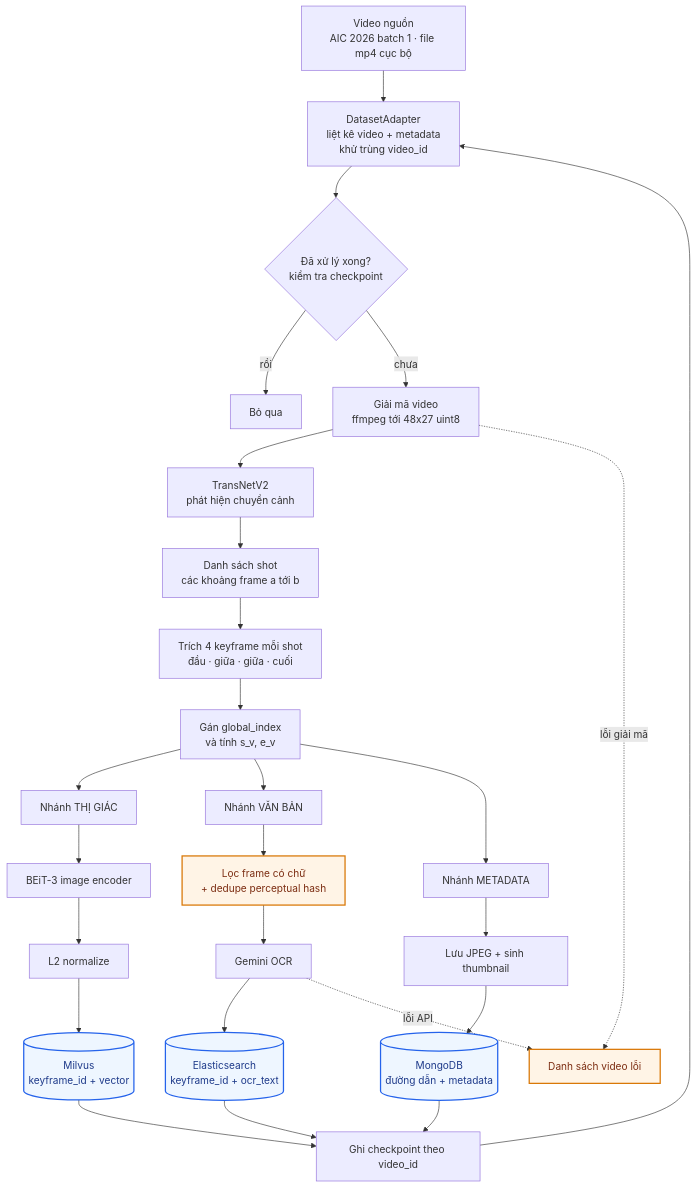
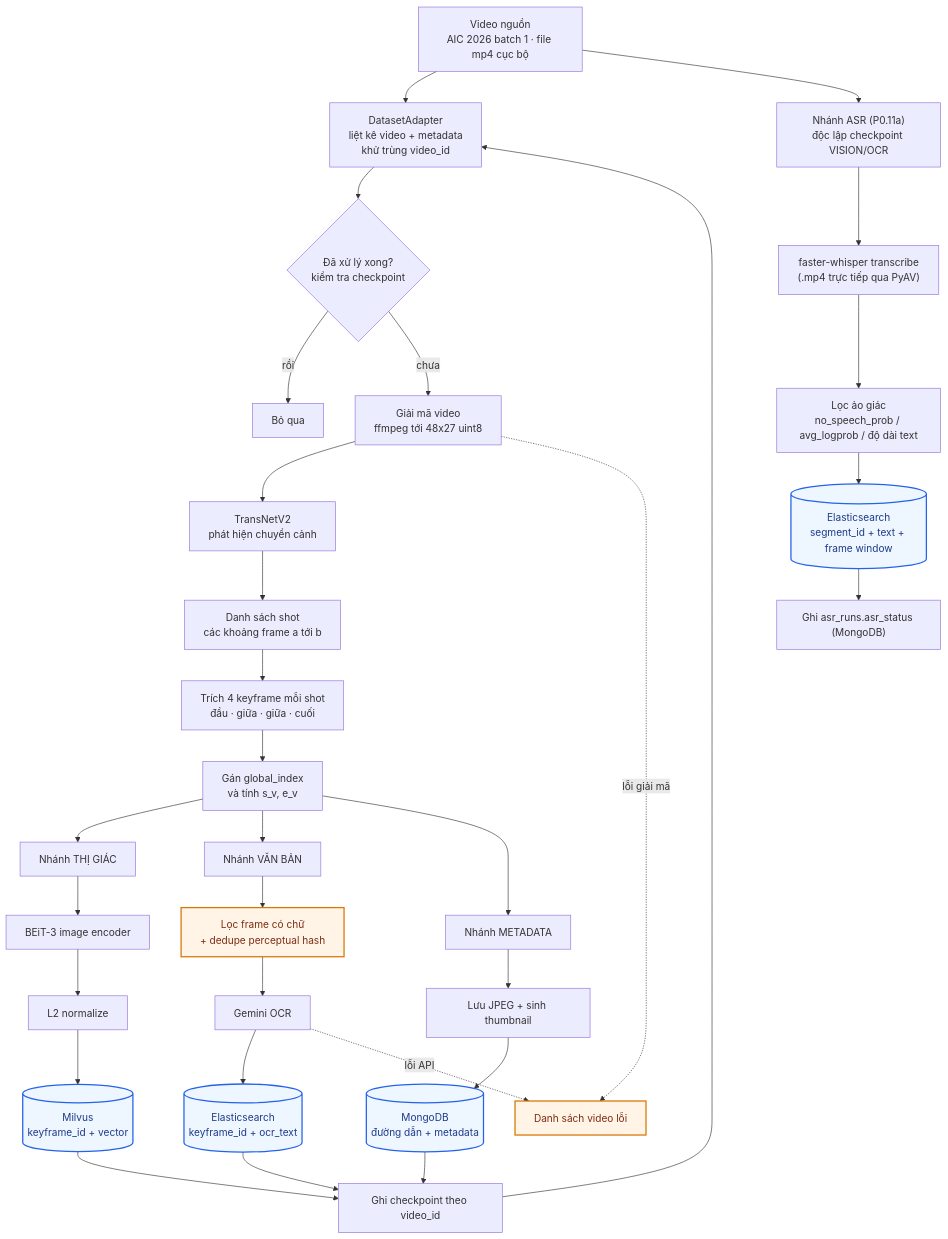
One commit to tiendze/AIC-Video-Retrieval changed the second of 7 diagrams in docs/architecture.md. Above: the diagram before and after it, drawn with Mermaid. The commit also changed other lines of this file and 12 other files, not shown here.

````diff
--- a/docs/architecture.md
+++ b/docs/architecture.md
@@ -112,41 +112,47 @@
 ```mermaid
 flowchart TD
     A["Video nguồn<br/>AIC 2026 batch 1 · file mp4 cục bộ"] --> B["DatasetAdapter<br/>liệt kê video + metadata<br/>khử trùng video_id"]
     B --> CK{"Đã xử lý xong?<br/>kiểm tra checkpoint"}
     CK -->|"rồi"| SKIP["Bỏ qua"]
     CK -->|"chưa"| C["Giải mã video<br/>ffmpeg tới 48x27 uint8"]
 
     C --> D["TransNetV2<br/>phát hiện chuyển cảnh"]
     D --> E["Danh sách shot<br/>các khoảng frame a tới b"]
     E --> F["Trích 4 keyframe mỗi shot<br/>đầu · giữa · giữa · cuối"]
     F --> G["Gán global_index<br/>và tính s_v, e_v"]
 
     G --> H1["Nhánh THỊ GIÁC"]
     G --> H2["Nhánh VĂN BẢN"]
     G --> H3["Nhánh METADATA"]
+    A --> H4["Nhánh ASR (P0.11a)<br/>độc lập checkpoint VISION/OCR"]
 
     H1 --> I1["BEiT-3 image encoder"]
     I1 --> J1["L2 normalize"]
     J1 --> K1[("Milvus<br/>keyframe_id + vector")]
 
     H2 --> P["Lọc frame có chữ<br/>+ dedupe perceptual hash"]
     P --> I2["Gemini OCR"]
     I2 --> K2[("Elasticsearch<br/>keyframe_id + ocr_text")]
 
     H3 --> I3["Lưu JPEG + sinh thumbnail"]
     I3 --> K3[("MongoDB<br/>đường dẫn + metadata")]
 
+    H4 --> P4["faster-whisper transcribe<br/>(.mp4 trực tiếp qua PyAV)"]
+    P4 --> I4["Lọc ảo giác<br/>no_speech_prob / avg_logprob / độ dài text"]
+    I4 --> K4[("Elasticsearch<br/>segment_id + text + frame window")]
+
     K1 --> Z["Ghi checkpoint theo video_id"]
     K2 --> Z
     K3 --> Z
     Z --> B
+    K4 --> Z4["Ghi asr_runs.asr_status (MongoDB)"]
 
     ERR["Danh sách video lỗi"]
     C -.->|"lỗi giải mã"| ERR
     I2 -.->|"lỗi API"| ERR
 
     classDef store fill:#eef6ff,stroke:#2563eb,stroke-width:2px,color:#1e3a8a
     classDef risk fill:#fff4e6,stroke:#d97706,stroke-width:2px,color:#7c2d12
-    class K1,K2,K3 store
+    class K1,K2,K3,K4 store
     class P,ERR risk
 ```
````
